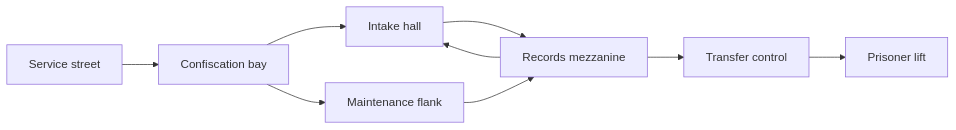
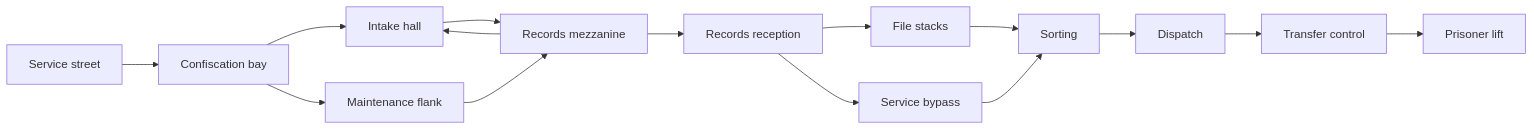
Before and after one commit to blisspixel/fragr: the diagram in docs/campaign/m01-recall-notice.md, drawn with Mermaid. The commit also changed other lines of this file and 54 other files, not shown here.

````diff
--- a/docs/campaign/m01-recall-notice.md
+++ b/docs/campaign/m01-recall-notice.md
@@ -72,11 +76,17 @@
 ```mermaid
 flowchart LR
   A[Service street] --> B[Confiscation bay]
   B --> C[Intake hall]
   C --> D[Records mezzanine]
   B --> E[Maintenance flank]
   E --> D
   D --> C
-  D --> F[Transfer control]
+  D --> R[Records reception]
+  R --> S[File stacks]
+  R --> P[Service bypass]
+  S --> T[Sorting]
+  P --> T
+  T --> H[Dispatch]
+  H --> F[Transfer control]
   F --> G[Prisoner lift]
 ```
````
